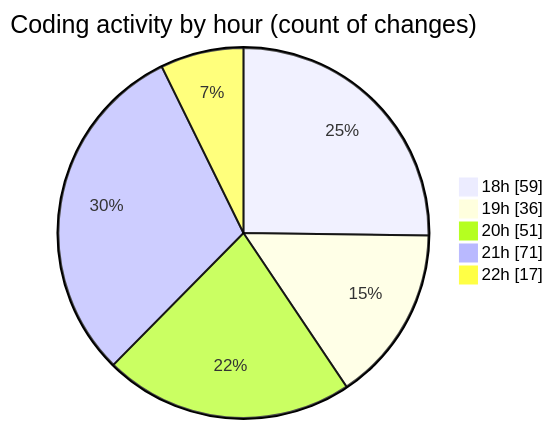
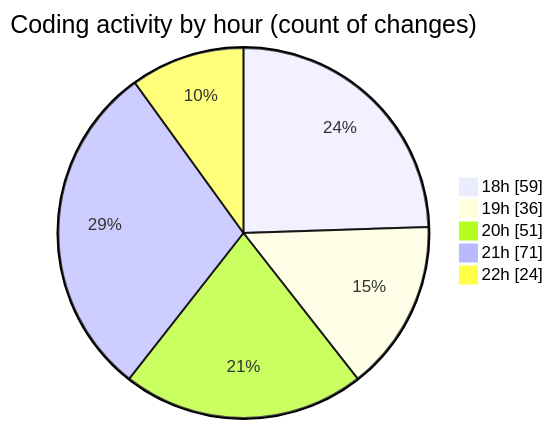
The second of 2 diagrams in 2025-04-02/back-end/README.md (Netris89/code-tracking), drawn with Mermaid before and after one commit. The commit also changed other lines of this file and 1 other file, not shown here.

````diff
--- a/2025-04-02/back-end/README.md
+++ b/2025-04-02/back-end/README.md
@@ -43,9 +44,9 @@
 ```mermaid
 pie showData
 title Coding activity by hour (count of changes)
 "18h" : 59
 "19h" : 36
 "20h" : 51
 "21h" : 71
-"22h" : 17
+"22h" : 24
 ```
````
